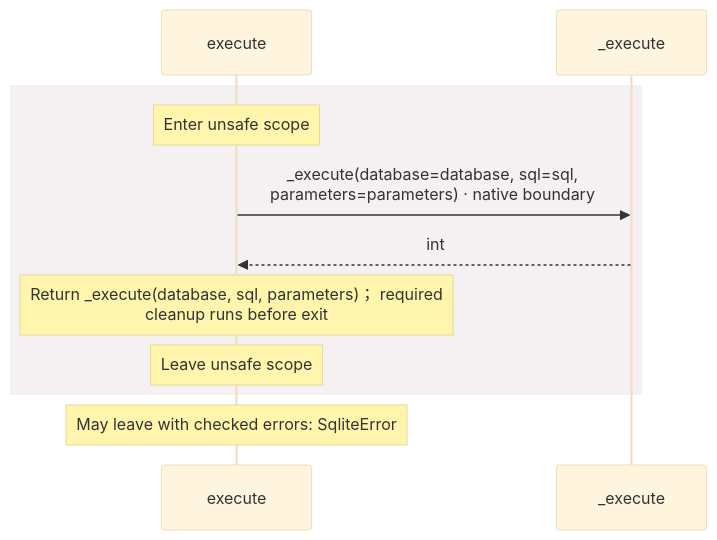
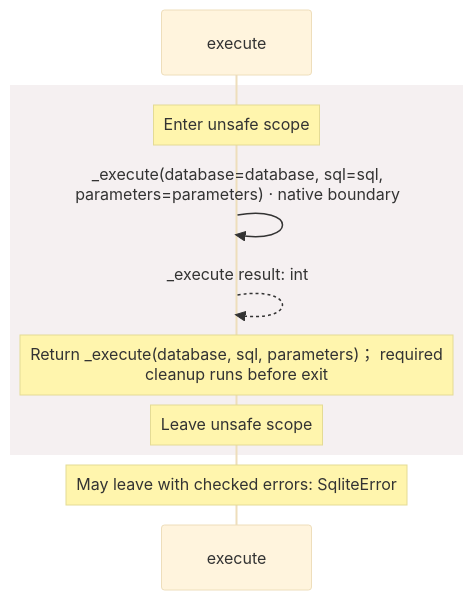
Before and after one commit to GreenPandaStudios/augscript: the fifth of 6 diagrams in docs/examples/native-sqlite/dependencies/packages/@greenpandastudios/aug-sqlite/0.1.5/api-diagrams.md, drawn with Mermaid (base theme). The commit also changed other lines of this file and 304 other files, not shown here.

Commit message:
Make generated data-flow sequences concise and review every diagram

````diff
--- a/docs/examples/native-sqlite/dependencies/packages/@greenpandastudios/aug-sqlite/0.1.5/api-diagrams.md
+++ b/docs/examples/native-sqlite/dependencies/packages/@greenpandastudios/aug-sqlite/0.1.5/api-diagrams.md
@@ -151,13 +128,13 @@
 ```mermaid
 sequenceDiagram
     participant p0 as execute
-    participant p1 as _execute
+
     rect rgb(245, 240, 241)
     Note over p0: Enter unsafe scope
-    p0->>p1: _execute(database=database, sql=sql,<br/>parameters=parameters) · native boundary
-    p1-->>p0: int
+    p0->>p0: _execute(database=database, sql=sql,<br/>parameters=parameters) · native boundary
+    p0-->>p0: _execute result: int
     Note over p0: Return _execute(database, sql, parameters)； required<br/>cleanup runs before exit
     Note over p0: Leave unsafe scope
     end
     Note over p0: May leave with checked errors: SqliteError
 ```
````
